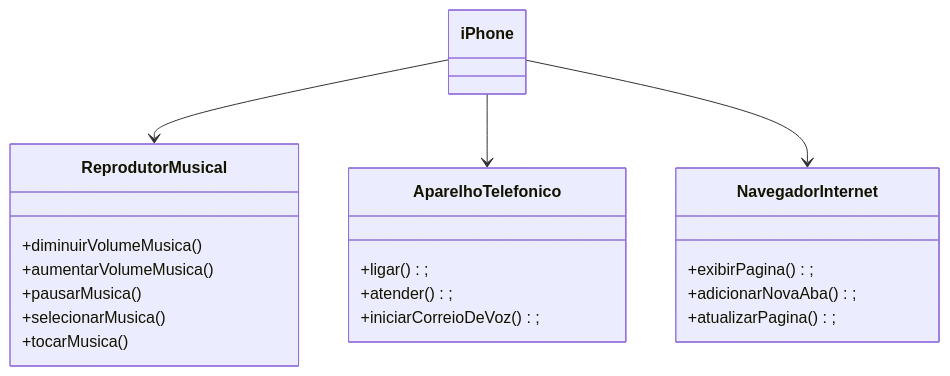
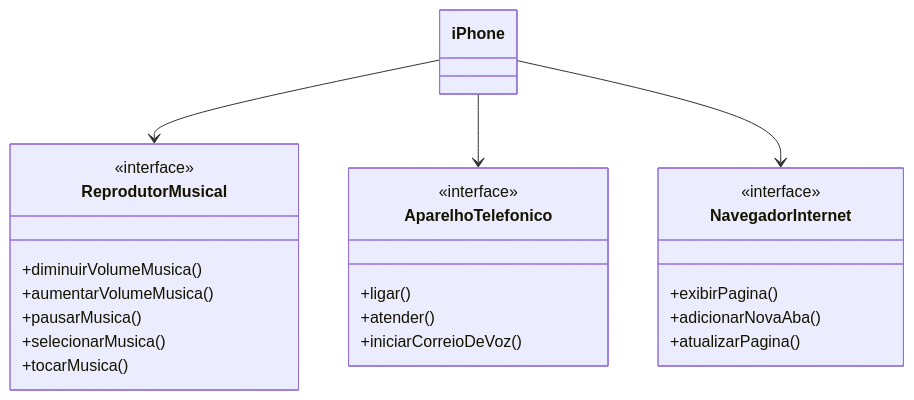
Before and after one commit to WitorDias/dio-trilha-java-desafio-uml: the diagram in README.md, drawn with Mermaid.

Commit message:
Update README.md
aprimorando o diagrama

````diff
--- a/README.md
+++ b/README.md
@@ -4,29 +4,33 @@
 ```mermaid
 classDiagram
     class ReprodutorMusical {
         +diminuirVolumeMusica()
         +aumentarVolumeMusica()
         +pausarMusica()
         +selecionarMusica()
         +tocarMusica()
     }
 
     class AparelhoTelefonico {
-        +ligar();
-	    +atender();
-	    +iniciarCorreioDeVoz();
+        +ligar()
+        +atender()
+        +iniciarCorreioDeVoz()
     }
 
     class NavegadorInternet {
-       +exibirPagina();
-	   +adicionarNovaAba();
-	   +atualizarPagina();
+        +exibirPagina()
+        +adicionarNovaAba()
+        +atualizarPagina()
     }
 
     class iPhone {
     }
 
     iPhone --> ReprodutorMusical
     iPhone --> AparelhoTelefonico
     iPhone --> NavegadorInternet
+
+    class ReprodutorMusical <<interface>>
+    class AparelhoTelefonico <<interface>>
+    class NavegadorInternet <<interface>>
 ```
````
